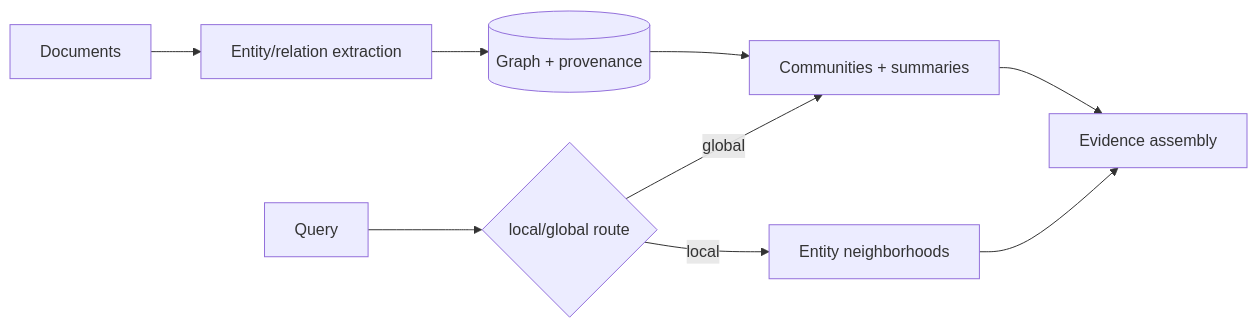
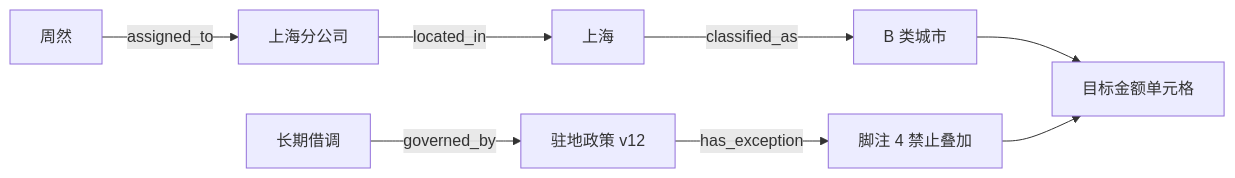
One commit to 007M7/learning007 changed the diagram in docs/advanced/ai/05-advanced-rag.md. Above: the diagram before and after it, drawn with Mermaid. The commit also changed other lines of this file and 90 other files, not shown here.

````diff
--- a/docs/advanced/ai/05-advanced-rag.md
+++ b/docs/advanced/ai/05-advanced-rag.md
@@ -25,11 +63,10 @@
 ```mermaid
 flowchart LR
-  D[Documents] --> E[Entity/relation extraction]
-  E --> G[(Graph + provenance)]
-  G --> C[Communities + summaries]
-  Q[Query] --> R{local/global route}
-  R -->|local| N[Entity neighborhoods]
-  R -->|global| C
-  N --> A[Evidence assembly]
-  C --> A
+  U[周然] -->|assigned_to| O[上海分公司]
+  O -->|located_in| C[上海]
+  C -->|classified_as| T[B 类城市]
+  P[长期借调] -->|governed_by| R[驻地政策 v12]
+  R -->|has_exception| F[脚注 4 禁止叠加]
+  T --> X[目标金额单元格]
+  F --> X
 ```
````
